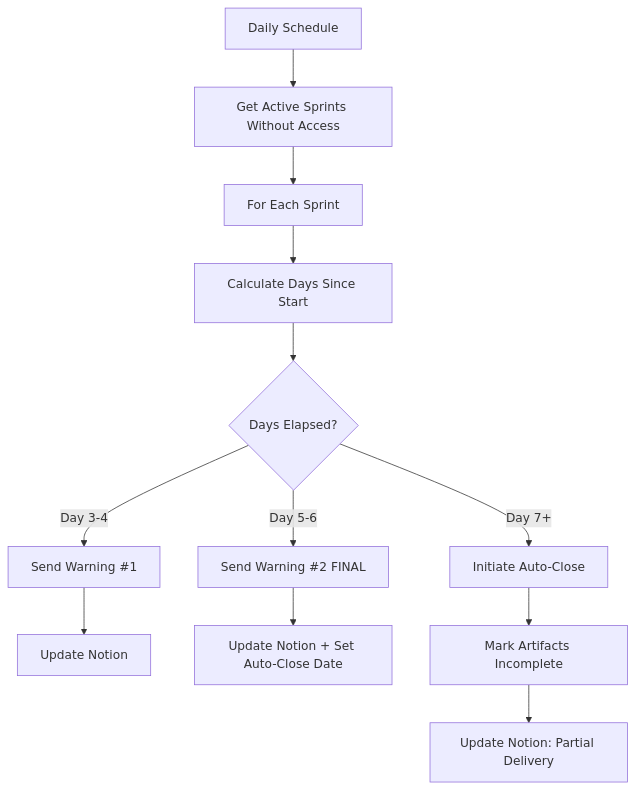
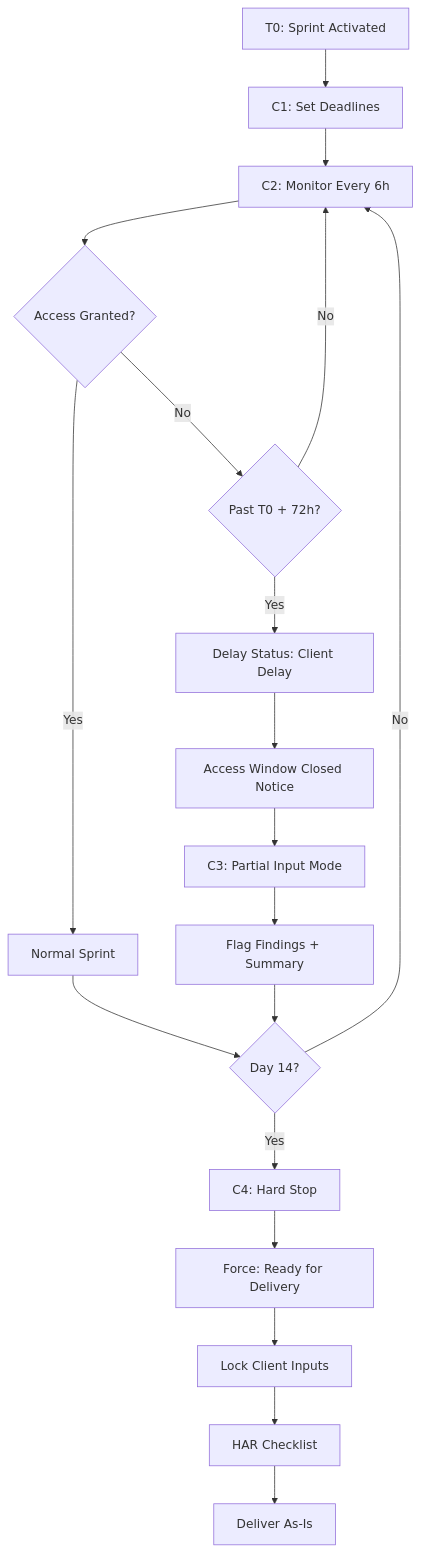
One commit to CrisisCore-Systems/node-null-control changed the seventh of 8 diagrams in automation/service_wiring.md. Above: the diagram before and after it, drawn with Mermaid. The commit also changed other lines of this file and 3 other files, not shown here.

Commit message:
Refine TDKS: 72h access window, C1-C4 scenarios, hard stop at Day 14

````diff
--- a/automation/service_wiring.md
+++ b/automation/service_wiring.md
@@ -617,14 +692,26 @@
 ```mermaid
 flowchart TD
-    Trigger[Daily Schedule] --> Search[Get Active Sprints Without Access]
-    Search --> Iterator[For Each Sprint]
-    Iterator --> Calc[Calculate Days Since Start]
-    Calc --> Router{Days Elapsed?}
-    Router -->|Day 3-4| Warn1[Send Warning #1]
-    Router -->|Day 5-6| Warn2[Send Warning #2 FINAL]
-    Router -->|Day 7+| AutoClose[Initiate Auto-Close]
-    Warn1 --> Update1[Update Notion]
-    Warn2 --> Update2[Update Notion + Set Auto-Close Date]
-    AutoClose --> MarkIncomplete[Mark Artifacts Incomplete]
-    MarkIncomplete --> Update3[Update Notion: Partial Delivery]
+    T0[T0: Sprint Activated] --> C1[C1: Set Deadlines]
+    C1 --> C2[C2: Monitor Every 6h]
+    
+    C2 --> Check{Access Granted?}
+    Check -->|Yes| Normal[Normal Sprint]
+    Check -->|No| Deadline{Past T0 + 72h?}
+    
+    Deadline -->|No| C2
+    Deadline -->|Yes| ClientDelay[Delay Status: Client Delay]
+    ClientDelay --> Notice[Access Window Closed Notice]
+    Notice --> C3[C3: Partial Input Mode]
+    
+    C3 --> FlagAll[Flag Findings + Summary]
+    
+    Normal --> Day14{Day 14?}
+    FlagAll --> Day14
+    
+    Day14 -->|No| C2
+    Day14 -->|Yes| C4[C4: Hard Stop]
+    C4 --> Force[Force: Ready for Delivery]
+    Force --> Lock[Lock Client Inputs]
+    Lock --> HAR[HAR Checklist]
+    HAR --> Deliver[Deliver As-Is]
 ```
````
